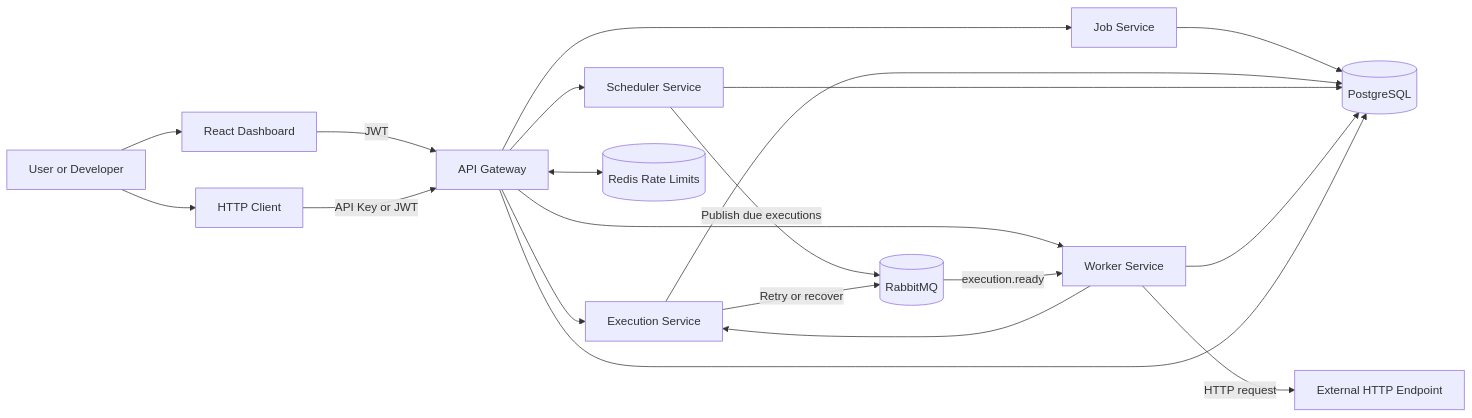
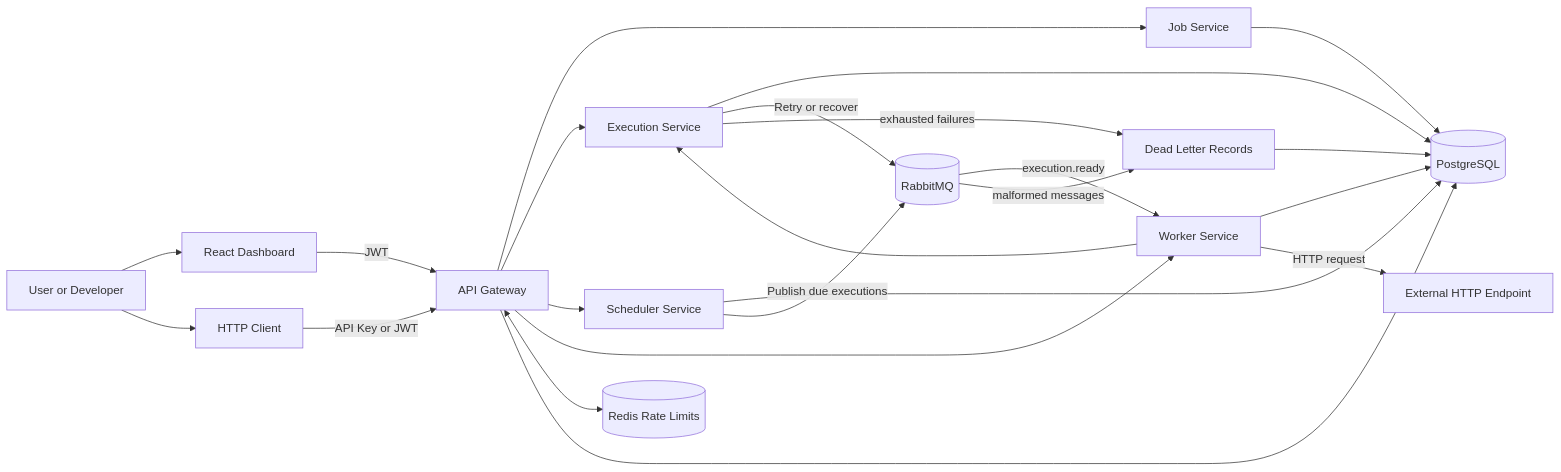
One commit to ErenKarakus1/Distributed-Job-Scheduling-Platform changed the diagram in README.md. Above: the diagram before and after it, drawn with Mermaid. The commit also changed other lines of this file and 15 other files, not shown here.

Commit message:
feat: add dead letter dashboard

````diff
--- a/README.md
+++ b/README.md
@@ -156,28 +174,31 @@
 ```mermaid
 flowchart LR
     User[User or Developer] --> Dashboard[React Dashboard]
     User --> Client[HTTP Client]
 
     Dashboard -->|JWT| Gateway[API Gateway]
     Client -->|API Key or JWT| Gateway
 
     Gateway --> Jobs[Job Service]
     Gateway --> Executions[Execution Service]
     Gateway --> Scheduler[Scheduler Service]
     Gateway --> Workers[Worker Service]
 
     Gateway <--> Redis[(Redis Rate Limits)]
 
     Jobs --> Postgres[(PostgreSQL)]
     Executions --> Postgres
     Scheduler --> Postgres
     Workers --> Postgres
     Gateway --> Postgres
 
     Scheduler -->|Publish due executions| RabbitMQ[(RabbitMQ)]
     RabbitMQ -->|execution.ready| Workers
+    RabbitMQ -->|malformed messages| DeadLetters[Dead Letter Records]
     Workers -->|HTTP request| Target[External HTTP Endpoint]
     Workers --> Executions
 
     Executions -->|Retry or recover| RabbitMQ
+    Executions -->|exhausted failures| DeadLetters
+    DeadLetters --> Postgres
 ```
````
